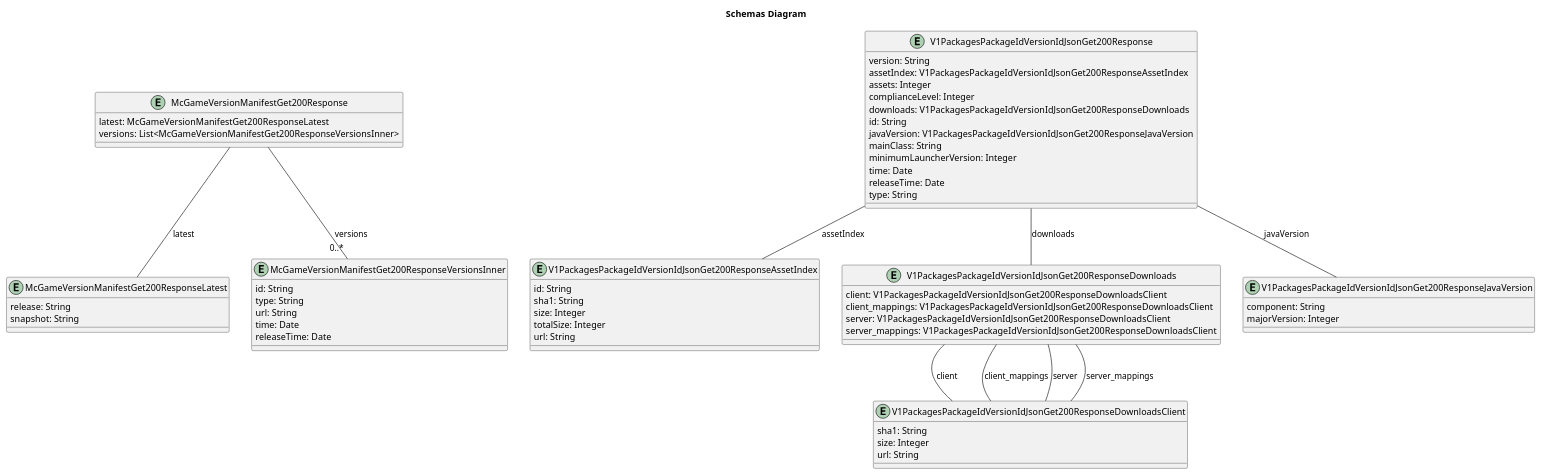
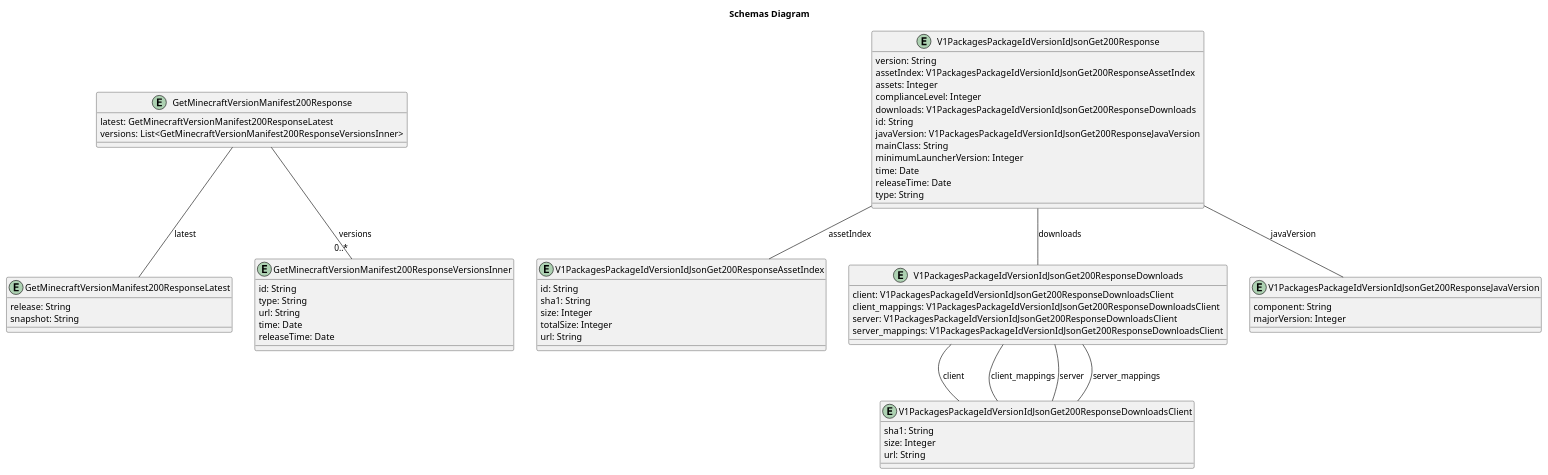
One commit to oapicf/minecraft-versions changed the diagram in clients/plantuml/generated/schemas.plantuml. Above: the diagram before and after it, drawn with PlantUML. The commit also changed 1235 other files, not shown here.

```diff
--- a/clients/plantuml/generated/schemas.plantuml
+++ b/clients/plantuml/generated/schemas.plantuml
@@ -1,75 +1,75 @@
 @startuml
 
 title  Schemas Diagram
 
-entity McGameVersionManifestGet200Response {
-    latest: McGameVersionManifestGet200ResponseLatest
-    versions: List<McGameVersionManifestGet200ResponseVersionsInner>
+entity GetMinecraftVersionManifest200Response {
+    latest: GetMinecraftVersionManifest200ResponseLatest
+    versions: List<GetMinecraftVersionManifest200ResponseVersionsInner>
 }
 
-entity McGameVersionManifestGet200ResponseLatest {
+entity GetMinecraftVersionManifest200ResponseLatest {
     release: String
     snapshot: String
 }
 
-entity McGameVersionManifestGet200ResponseVersionsInner {
+entity GetMinecraftVersionManifest200ResponseVersionsInner {
     id: String
     type: String
     url: String
     time: Date
     releaseTime: Date
 }
 
 entity V1PackagesPackageIdVersionIdJsonGet200Response {
     version: String
     assetIndex: V1PackagesPackageIdVersionIdJsonGet200ResponseAssetIndex
     assets: Integer
     complianceLevel: Integer
     downloads: V1PackagesPackageIdVersionIdJsonGet200ResponseDownloads
     id: String
     javaVersion: V1PackagesPackageIdVersionIdJsonGet200ResponseJavaVersion
     mainClass: String
     minimumLauncherVersion: Integer
     time: Date
     releaseTime: Date
     type: String
 }
 
 entity V1PackagesPackageIdVersionIdJsonGet200ResponseAssetIndex {
     id: String
     sha1: String
     size: Integer
     totalSize: Integer
     url: String
 }
 
 entity V1PackagesPackageIdVersionIdJsonGet200ResponseDownloads {
     client: V1PackagesPackageIdVersionIdJsonGet200ResponseDownloadsClient
     client_mappings: V1PackagesPackageIdVersionIdJsonGet200ResponseDownloadsClient
     server: V1PackagesPackageIdVersionIdJsonGet200ResponseDownloadsClient
     server_mappings: V1PackagesPackageIdVersionIdJsonGet200ResponseDownloadsClient
 }
 
 entity V1PackagesPackageIdVersionIdJsonGet200ResponseDownloadsClient {
     sha1: String
     size: Integer
     url: String
 }
 
 entity V1PackagesPackageIdVersionIdJsonGet200ResponseJavaVersion {
     component: String
     majorVersion: Integer
 }
 
 
+GetMinecraftVersionManifest200Response -- GetMinecraftVersionManifest200ResponseLatest : latest
+GetMinecraftVersionManifest200Response -- "0..*" GetMinecraftVersionManifest200ResponseVersionsInner : versions
 V1PackagesPackageIdVersionIdJsonGet200ResponseDownloads -- V1PackagesPackageIdVersionIdJsonGet200ResponseDownloadsClient : client
 V1PackagesPackageIdVersionIdJsonGet200ResponseDownloads -- V1PackagesPackageIdVersionIdJsonGet200ResponseDownloadsClient : client_mappings
 V1PackagesPackageIdVersionIdJsonGet200ResponseDownloads -- V1PackagesPackageIdVersionIdJsonGet200ResponseDownloadsClient : server
 V1PackagesPackageIdVersionIdJsonGet200ResponseDownloads -- V1PackagesPackageIdVersionIdJsonGet200ResponseDownloadsClient : server_mappings
 V1PackagesPackageIdVersionIdJsonGet200Response -- V1PackagesPackageIdVersionIdJsonGet200ResponseAssetIndex : assetIndex
 V1PackagesPackageIdVersionIdJsonGet200Response -- V1PackagesPackageIdVersionIdJsonGet200ResponseDownloads : downloads
 V1PackagesPackageIdVersionIdJsonGet200Response -- V1PackagesPackageIdVersionIdJsonGet200ResponseJavaVersion : javaVersion
-McGameVersionManifestGet200Response -- McGameVersionManifestGet200ResponseLatest : latest
-McGameVersionManifestGet200Response -- "0..*" McGameVersionManifestGet200ResponseVersionsInner : versions
 
 @enduml
```
